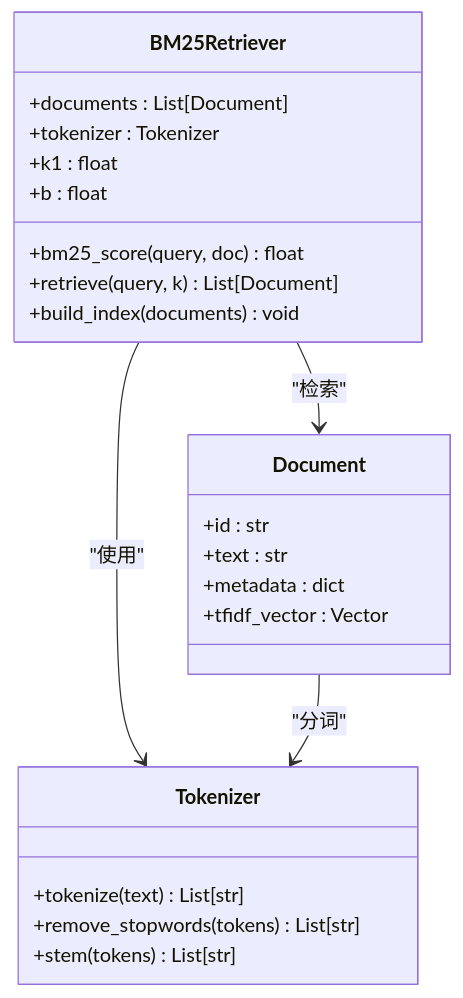
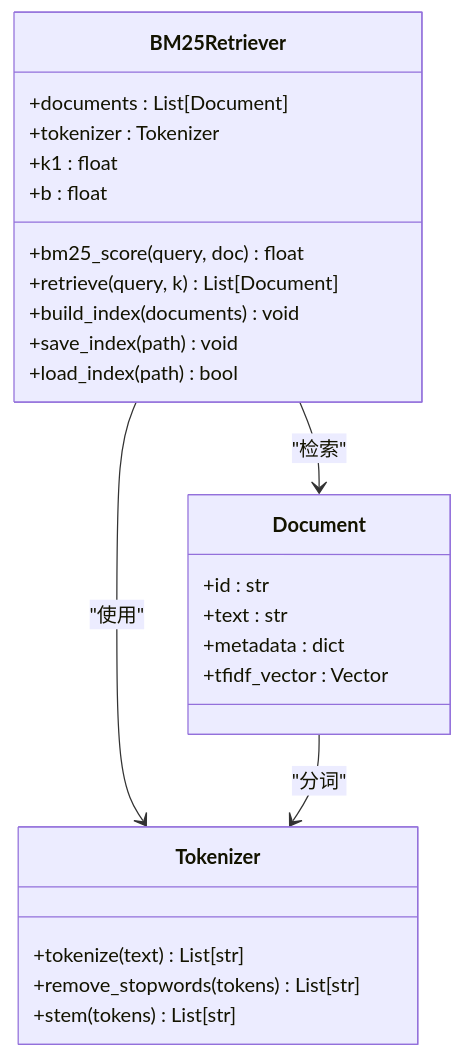
The fourth of 12 diagrams in .qoder/repowiki/zh/content/技术实现指南/技术实现指南.md (kitee0918/-nlp-rag-project), drawn with Mermaid before and after one commit. The commit also changed other lines of this file and 4 other files, not shown here.

````diff
--- a/.qoder/repowiki/zh/content/技术实现指南/技术实现指南.md
+++ b/.qoder/repowiki/zh/content/技术实现指南/技术实现指南.md
@@ -206,26 +223,28 @@
 ```mermaid
 classDiagram
 class BM25Retriever {
 +documents : List[Document]
 +tokenizer : Tokenizer
 +k1 : float
 +b : float
 +bm25_score(query, doc) float
 +retrieve(query, k) List[Document]
 +build_index(documents) void
++save_index(path) void
++load_index(path) bool
 }
 class Document {
 +id : str
 +text : str
 +metadata : dict
 +tfidf_vector : Vector
 }
 class Tokenizer {
 +tokenize(text) List[str]
 +remove_stopwords(tokens) List[str]
 +stem(tokens) List[str]
 }
 BM25Retriever --> Document : "检索"
 BM25Retriever --> Tokenizer : "使用"
 Document --> Tokenizer : "分词"
 ```
````
